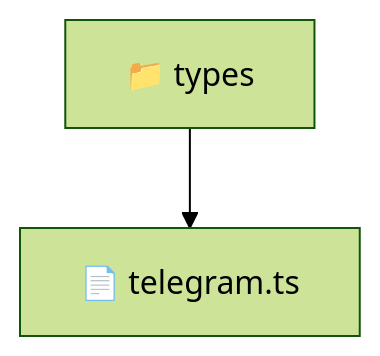
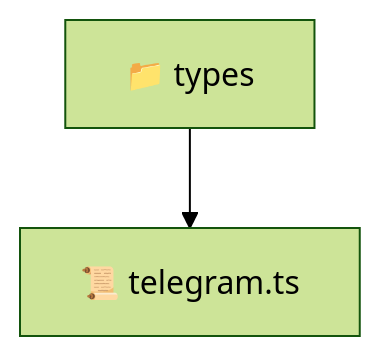
One commit to beginwebdev2002/fullstack-mavluda changed the diagram in frontend/src/types/README.md. Above: the diagram before and after it, drawn with Mermaid (forest theme). The commit also changed other lines of this file and 163 other files, not shown here.

````diff
--- a/frontend/src/types/README.md
+++ b/frontend/src/types/README.md
@@ -9,5 +9,5 @@
 ```mermaid
 graph TD
-  Root["📁 types"]
-  Root --> telegram_ts["📄 telegram.ts"]
+  types["📁 types"]
+  types --> telegram_ts["📜 telegram.ts"]
 ```
````
